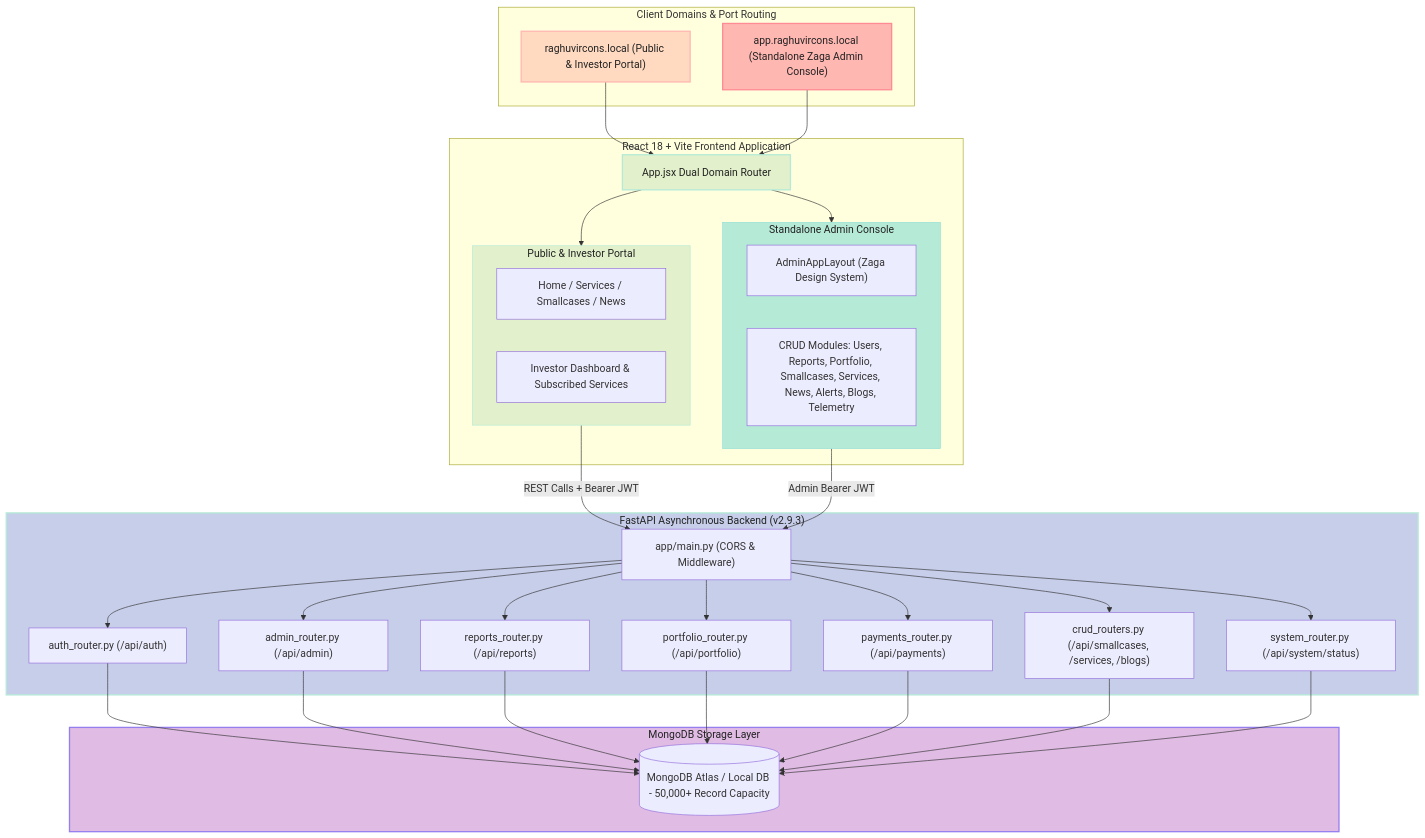
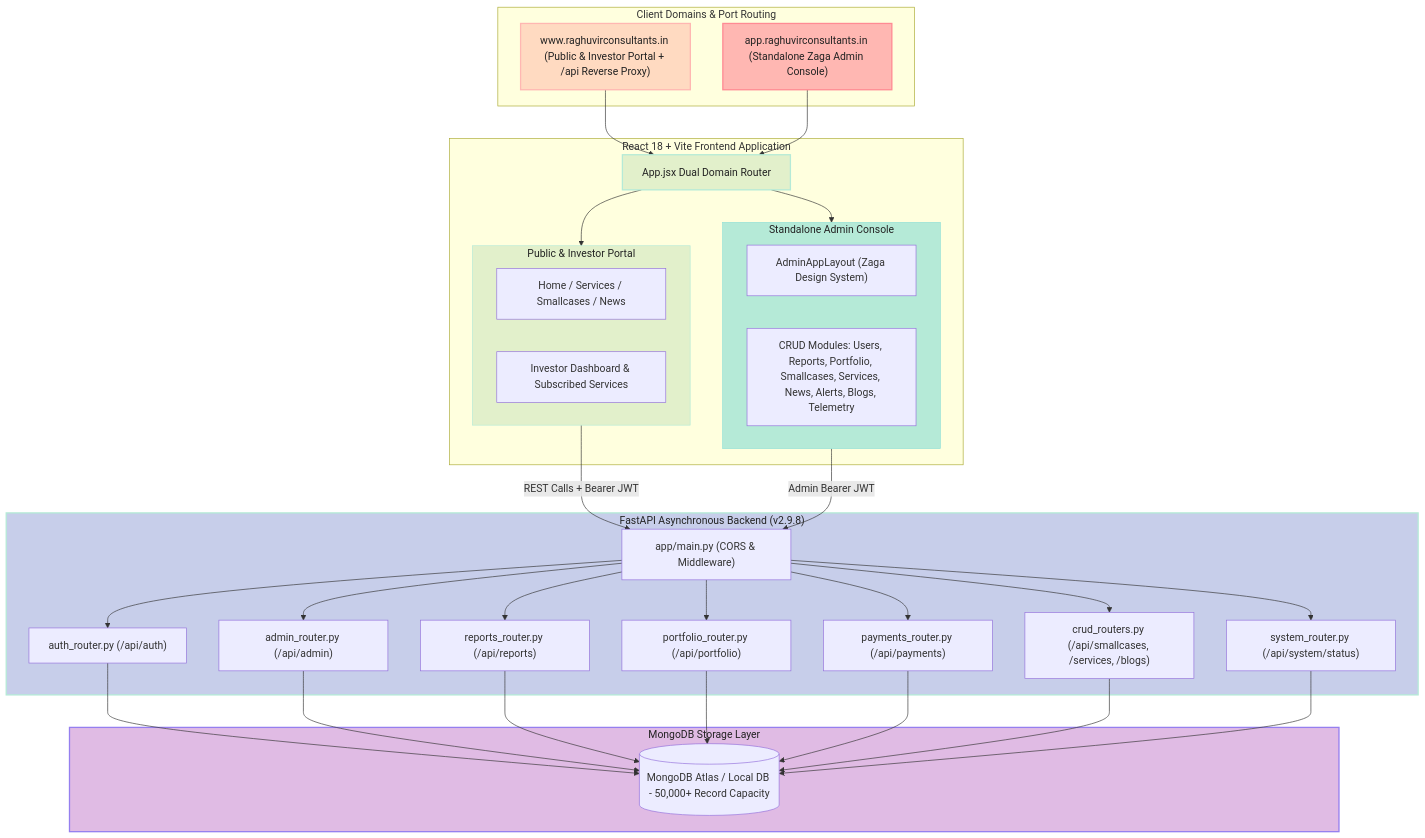
One commit to tejasrsuthar/raghuvirconsultants-site changed the first of 2 diagrams in backend/docs/ARCHITECTURE.md. Above: the diagram before and after it, drawn with Mermaid. The commit also changed other lines of this file and 15 other files, not shown here.

Commit message:
feat(network): unify api under https://www.raghuvirconsultants.in/api, configure dockerfiles, and bump version to 2.9.8

````diff
--- a/backend/docs/ARCHITECTURE.md
+++ b/backend/docs/ARCHITECTURE.md
@@ -14,70 +14,70 @@
 ```mermaid
 graph TD
     subgraph ClientDomains["Client Domains & Port Routing"]
-        PublicDomain["raghuvircons.local (Public & Investor Portal)"]
-        AdminDomain["app.raghuvircons.local (Standalone Zaga Admin Console)"]
+        PublicDomain["www.raghuvirconsultants.in (Public & Investor Portal + /api Reverse Proxy)"]
+        AdminDomain["app.raghuvirconsultants.in (Standalone Zaga Admin Console)"]
     end
 
     subgraph ReactFrontend["React 18 + Vite Frontend Application"]
         AppRouter["App.jsx Dual Domain Router"]
         
         subgraph PublicPortal["Public & Investor Portal"]
           PublicViews["Home / Services / Smallcases / News"]
           InvestorPortal["Investor Dashboard & Subscribed Services"]
         end
 
         subgraph ZagaAdmin["Standalone Admin Console"]
           AdminLayout["AdminAppLayout (Zaga Design System)"]
           AdminModules["CRUD Modules: Users, Reports, Portfolio, Smallcases, Services, News, Alerts, Blogs, Telemetry"]
         end
       end
 
-    subgraph FastAPIServer["FastAPI Asynchronous Backend (v2.9.3)"]
+    subgraph FastAPIServer["FastAPI Asynchronous Backend (v2.9.8)"]
         API["app/main.py (CORS & Middleware)"]
         AuthRouter["auth_router.py (/api/auth)"]
         AdminRouter["admin_router.py (/api/admin)"]
         ReportsRouter["reports_router.py (/api/reports)"]
         PortfolioRouter["portfolio_router.py (/api/portfolio)"]
         PaymentsRouter["payments_router.py (/api/payments)"]
         CRUDRouters["crud_routers.py (/api/smallcases, /services, /blogs)"]
         SystemRouter["system_router.py (/api/system/status)"]
     end
 
     subgraph DataStore["MongoDB Storage Layer"]
         MongoDB[(MongoDB Atlas / Local DB - 50,000+ Record Capacity)]
     end
 
     PublicDomain --> AppRouter
     AdminDomain --> AppRouter
 
     AppRouter --> PublicPortal
     AppRouter --> ZagaAdmin
 
     PublicPortal -->|REST Calls + Bearer JWT| API
     ZagaAdmin -->|Admin Bearer JWT| API
 
     API --> AuthRouter
     API --> AdminRouter
     API --> ReportsRouter
     API --> PortfolioRouter
     API --> PaymentsRouter
     API --> CRUDRouters
     API --> SystemRouter
 
     AuthRouter --> MongoDB
     AdminRouter --> MongoDB
     ReportsRouter --> MongoDB
     PortfolioRouter --> MongoDB
     PaymentsRouter --> MongoDB
     CRUDRouters --> MongoDB
     SystemRouter --> MongoDB
 
     %% Pastel Color Palette Styling
     style PublicDomain fill:#FFDAC1,stroke:#FFB7B2,stroke-width:2px,color:#222;
     style AdminDomain fill:#FFB7B2,stroke:#FF8B94,stroke-width:2px,color:#222;
     style AppRouter fill:#E2F0CB,stroke:#B5EAD7,stroke-width:2px,color:#222;
     style PublicPortal fill:#E2F0CB,stroke:#B5EAD7,stroke-width:1px,color:#222;
     style ZagaAdmin fill:#B5EAD7,stroke:#93E1D8,stroke-width:1px,color:#222;
     style FastAPIServer fill:#C7CEEA,stroke:#B5EAD7,stroke-width:2px,color:#222;
     style DataStore fill:#E0BBE4,stroke:#957FEF,stroke-width:2px,color:#222;
 ```
````
